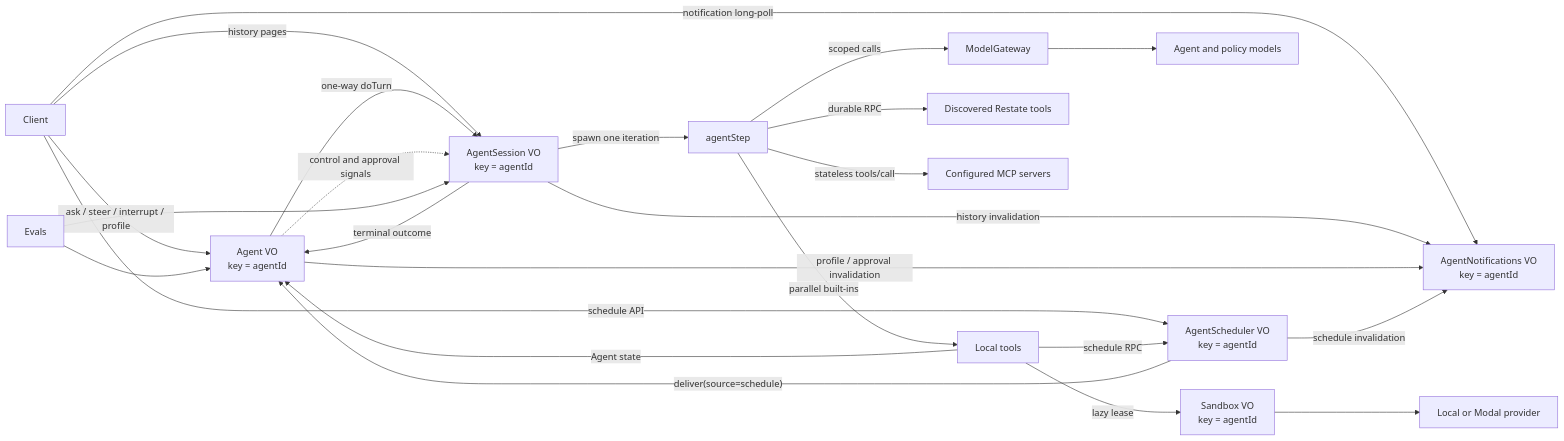
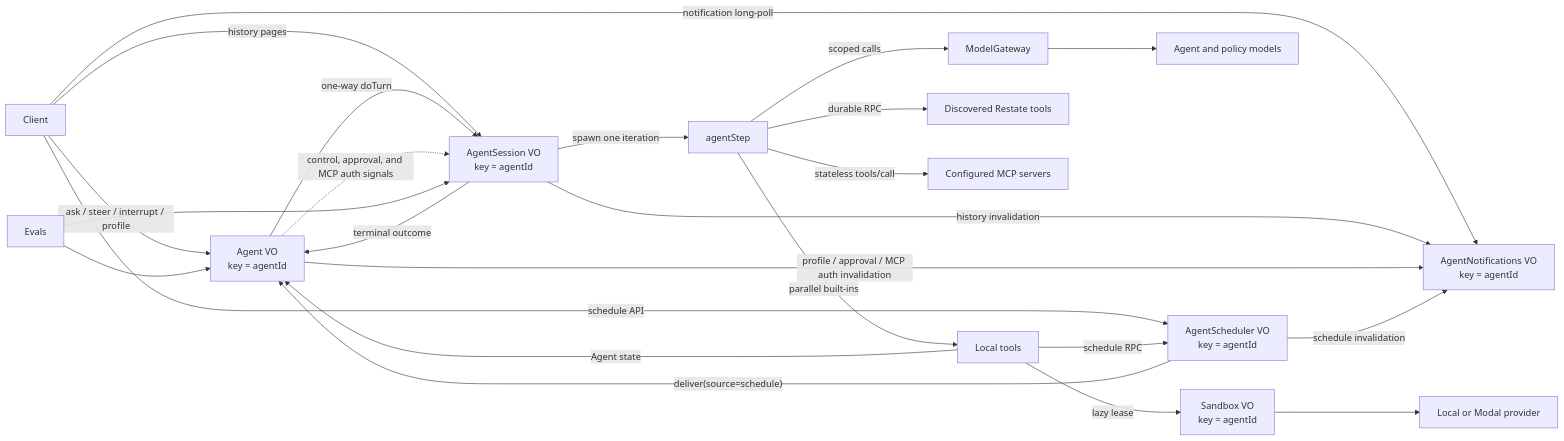
The diagram in README.md (restatedev/agent), drawn with Mermaid before and after one commit. The commit also changed other lines of this file and 28 other files, not shown here.

````diff
--- a/README.md
+++ b/README.md
@@ -81,26 +81,26 @@
 ```mermaid
 flowchart LR
   C["Client"] -->|"ask / steer / interrupt / profile"| A["Agent VO\nkey = agentId"]
   C -->|"history pages"| S["AgentSession VO\nkey = agentId"]
   C -->|"notification long-poll"| N["AgentNotifications VO\nkey = agentId"]
   C -->|"schedule API"| Q["AgentScheduler VO\nkey = agentId"]
   A -->|"one-way doTurn"| S
-  A -.->|"control and approval signals"| S
+  A -.->|"control, approval, and MCP auth signals"| S
   S -->|"spawn one iteration"| Step["agentStep"]
   Step -->|"scoped calls"| G["ModelGateway"]
   G --> M["Agent and policy models"]
   Step -->|"parallel built-ins"| T["Local tools"]
   Step -->|"durable RPC"| D["Discovered Restate tools"]
   Step -->|"stateless tools/call"| MCP["Configured MCP servers"]
   T -->|"Agent state"| A
   T -->|"schedule RPC"| Q
   T -->|"lazy lease"| X["Sandbox VO\nkey = agentId"]
   X --> P["Local or Modal provider"]
   S -->|"history invalidation"| N
-  A -->|"profile / approval invalidation"| N
+  A -->|"profile / approval / MCP auth invalidation"| N
   Q -->|"schedule invalidation"| N
   Q -->|"deliver(source=schedule)"| A
   S -->|"terminal outcome"| A
   E["Evals"] --> A
   E --> S
 ```
````
